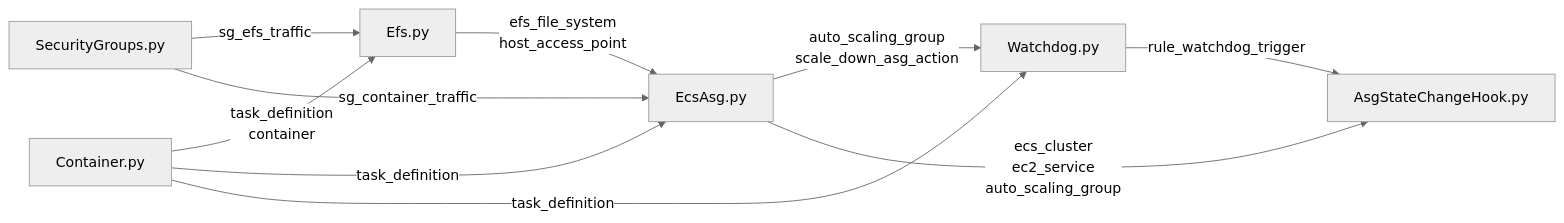
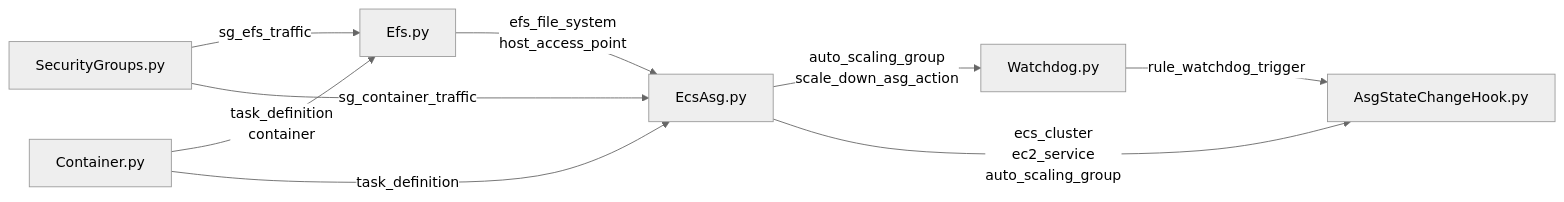
Before and after one commit to Cameronsplaze/AWS-ContainerManager: the diagram in ContainerManager/leaf_stack/NestedStacks/README.md, drawn with Mermaid (neutral theme). The commit also changed other lines of this file and 9 other files, not shown here.

````diff
--- a/ContainerManager/leaf_stack/NestedStacks/README.md
+++ b/ContainerManager/leaf_stack/NestedStacks/README.md
@@ -7,39 +7,38 @@
 ```mermaid
 flowchart LR
     %% ID's
     SecurityGroups[SecurityGroups.py]
     Container[Container.py]
     Efs[Efs.py]
     EcsAsg[EcsAsg.py]
     Watchdog[Watchdog.py]
     AsgStateChangeHook[AsgStateChangeHook.py]
 
     %% SecurityGroups - Nothing
     %% Container - Nothing
 
     %% Efs
     SecurityGroups --sg_efs_traffic--> Efs
     Container -- task_definition
                  container
               --> Efs
 
     %% EcsAsg
     Container --task_definition--> EcsAsg
     SecurityGroups --sg_container_traffic--> EcsAsg
     Efs --  efs_file_system
             host_access_point
         --> EcsAsg
 
     %% Watchdog
-    Container --task_definition--> Watchdog
     EcsAsg -- auto_scaling_group
               scale_down_asg_action
            --> Watchdog
 
     %% AsgStateChangeHook
     EcsAsg -- ecs_cluster
               ec2_service
               auto_scaling_group
            --> AsgStateChangeHook
     Watchdog --rule_watchdog_trigger--> AsgStateChangeHook
 ```
````
